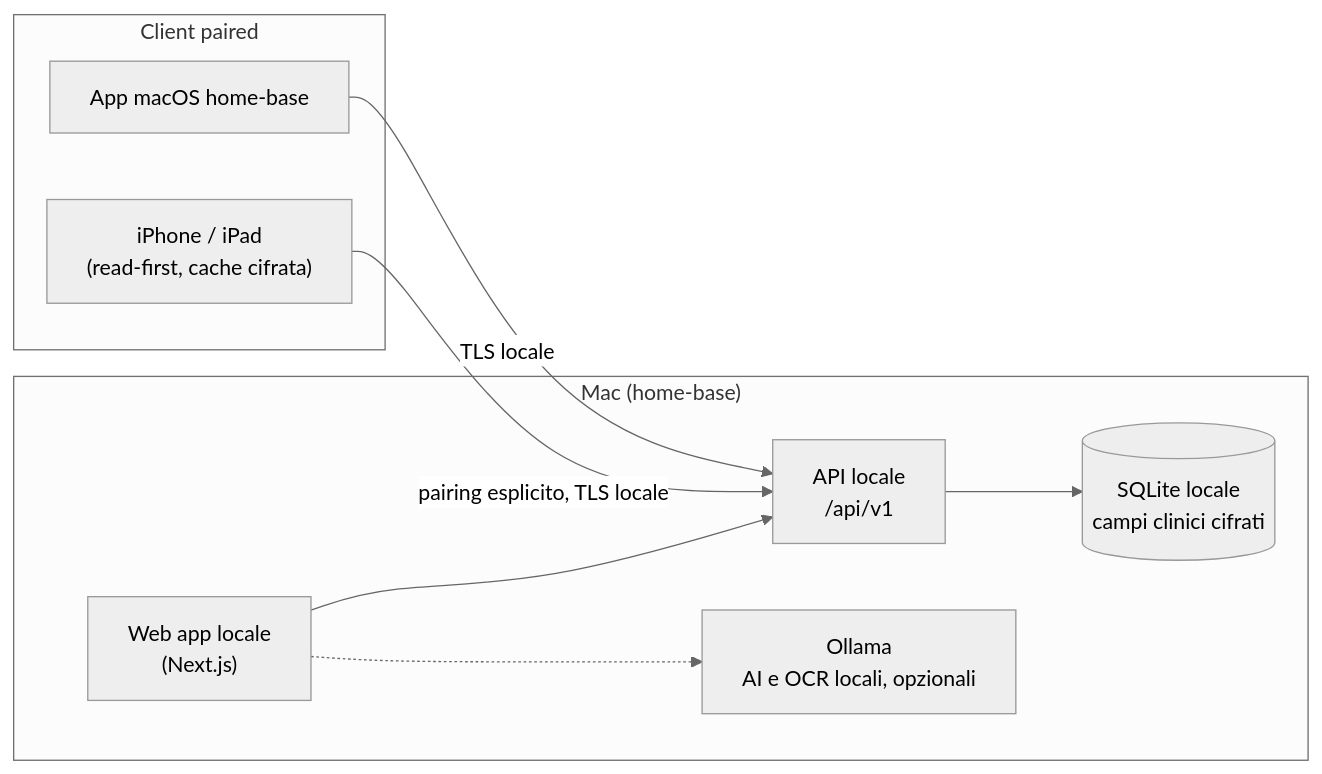
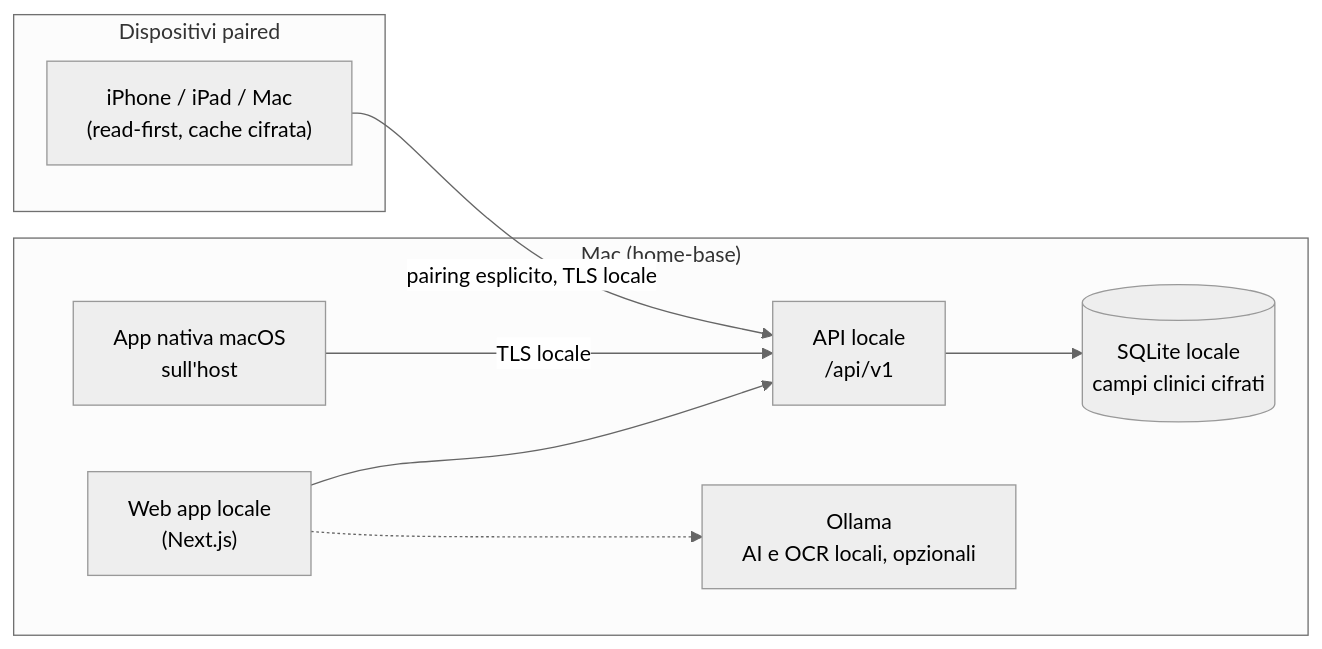
The diagram in README.md (Wulfgardr/mediflow), drawn with Mermaid (neutral theme) before and after one commit. The commit also changed other lines of this file and 8 other files, not shown here.

````diff
--- a/README.md
+++ b/README.md
@@ -101,17 +68,17 @@
 ```mermaid
 flowchart LR
     subgraph mac["Mac (home-base)"]
         web["Web app locale<br/>(Next.js)"]
         api["API locale<br/>/api/v1"]
         db[("SQLite locale<br/>campi clinici cifrati")]
         ai["Ollama<br/>AI e OCR locali, opzionali"]
         web --> api --> db
         web -.-> ai
+        native["App nativa macOS<br/>sull'host"]
+        native -- "TLS locale" --> api
     end
-    subgraph paired["Client paired"]
-        native["App macOS home-base"]
-        mobile["iPhone / iPad<br/>(read-first, cache cifrata)"]
+    subgraph paired["Dispositivi paired"]
+        mobile["iPhone / iPad / Mac<br/>(read-first, cache cifrata)"]
     end
-    native -- "TLS locale" --> api
     mobile -- "pairing esplicito, TLS locale" --> api
 ```
````
